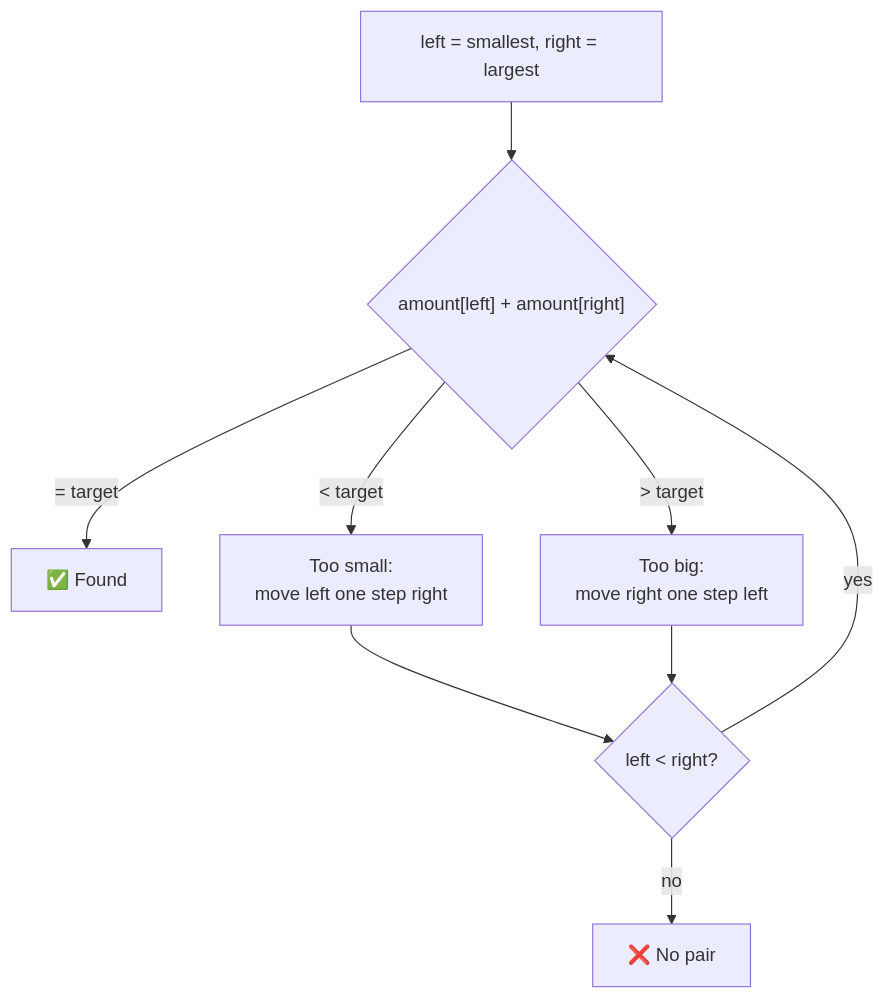
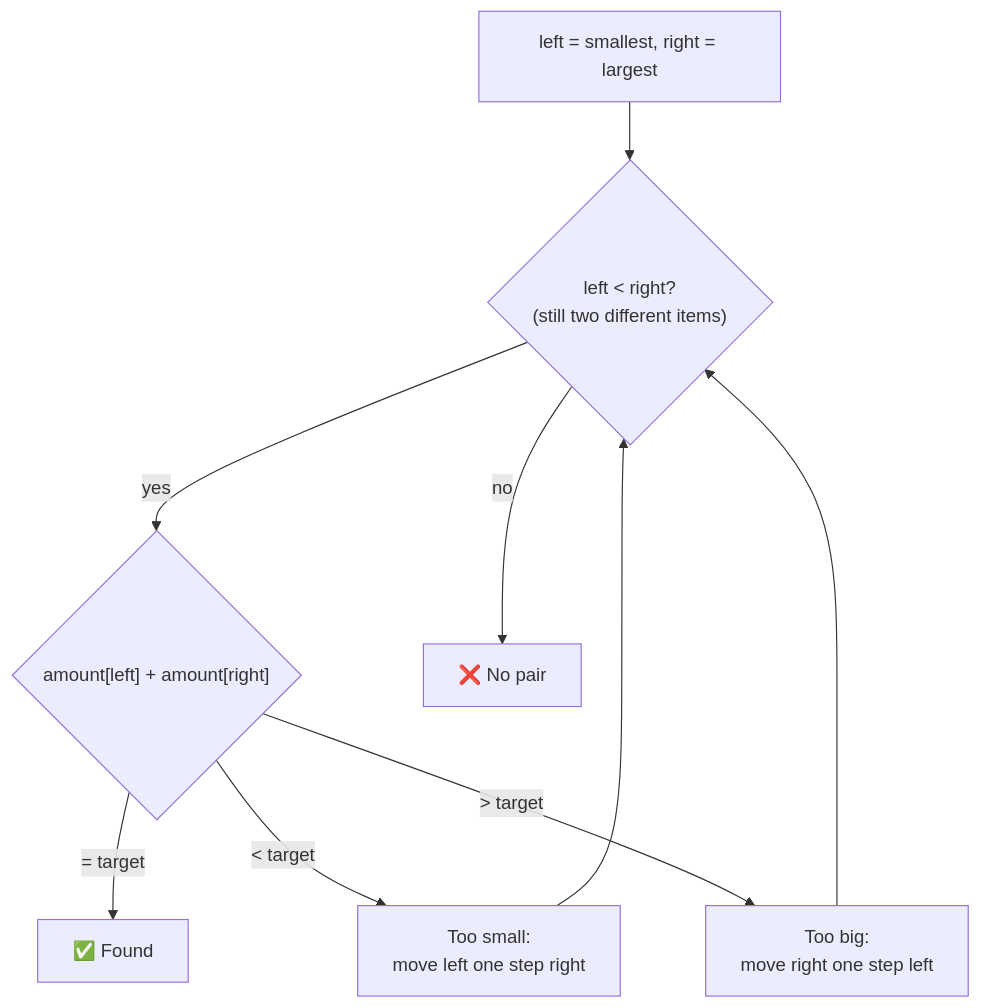
One commit to callasalvatore/csharp-algorithms changed the fourth of 10 diagrams in lessons/01-two-sum/README.md. Above: the diagram before and after it, drawn with Mermaid. The commit also changed other lines of this file and 1 other file, not shown here.

Commit message:
docs: Clarify the Two Sum scenario and fix complexity details in lesson 01

````diff
--- a/lessons/01-two-sum/README.md
+++ b/lessons/01-two-sum/README.md
@@ -165,11 +170,11 @@
 ```mermaid
 flowchart TB
-    S["left = smallest, right = largest"] --> C{"amount[left] + amount[right]"}
+    S["left = smallest, right = largest"] --> E{"left < right?<br/>(still two different items)"}
+    E -->|yes| C{"amount[left] + amount[right]"}
+    E -->|no| N["❌ No pair"]
     C -->|"= target"| F["✅ Found"]
     C -->|"< target"| L["Too small:<br/>move left one step right"]
     C -->|"> target"| R["Too big:<br/>move right one step left"]
-    L --> E{"left < right?"}
+    L --> E
     R --> E
-    E -->|yes| C
-    E -->|no| N["❌ No pair"]
 ```
````
